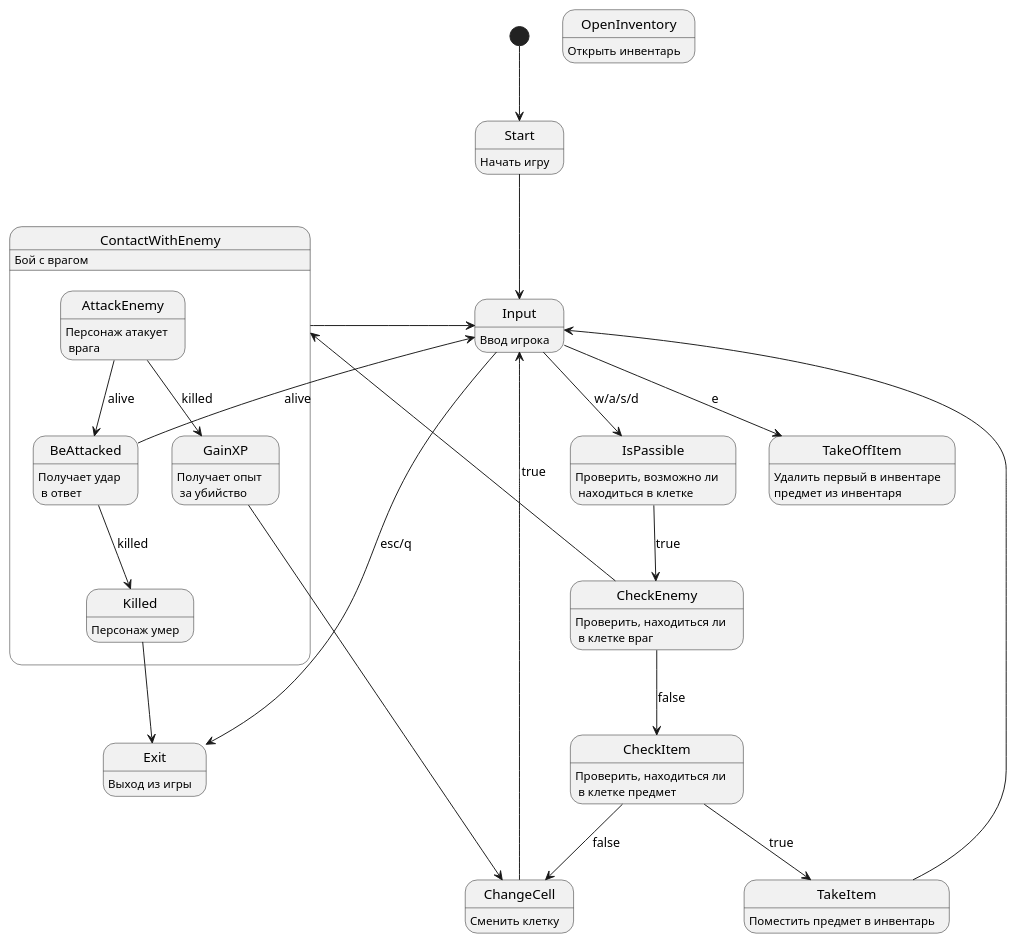
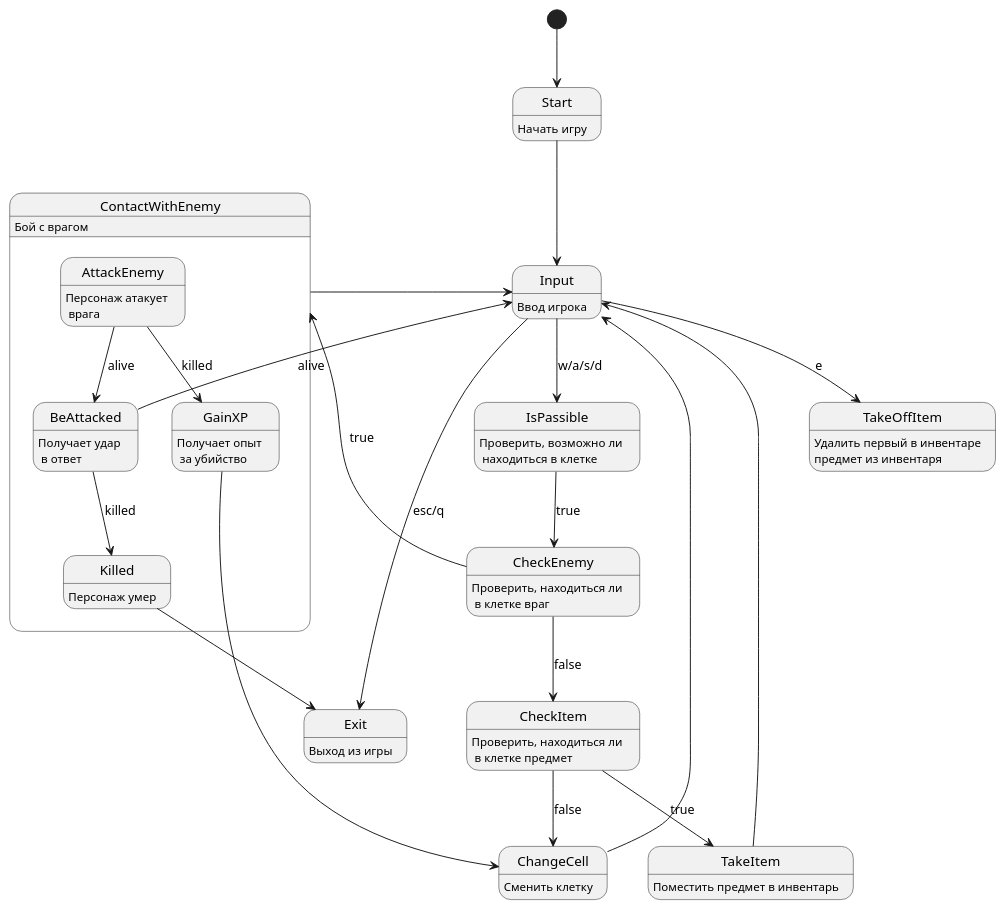
The diagram in doc/fsm_game.puml (Fatalll/RGL), drawn with PlantUML before and after one commit. The commit also changed 1 other file, not shown here.

```diff
--- a/doc/fsm_game.puml
+++ b/doc/fsm_game.puml
@@ -1,45 +1,44 @@
 @startuml
 skinparam monochrome true
 
 [*] --> Start
 Start --> Input
 Input --> Exit : esc/q
 Input --> IsPassible: w/a/s/d
 Input --> TakeOffItem: e
 
 IsPassible --> CheckEnemy: true
 CheckEnemy --> CheckItem: false
 CheckEnemy --> ContactWithEnemy: true
 ContactWithEnemy -> Input
 CheckItem --> TakeItem : true
 CheckItem --> ChangeCell : false
 ChangeCell --> Input
 TakeItem --> Input
 
 state ContactWithEnemy {
 	AttackEnemy --> GainXP: killed
 	AttackEnemy --> BeAttacked: alive
 	GainXP --> ChangeCell
 	BeAttacked --> Killed: killed
 	BeAttacked --> Input: alive
     Killed --> Exit
 
 	AttackEnemy: Персонаж атакует \n врага
 	GainXP: Получает опыт \n за убийство
 	BeAttacked: Получает удар \n в ответ
     Killed: Персонаж умер
 }
 
 Start: Начать игру
 Input: Ввод игрока
 Exit: Выход из игры
 IsPassible: Проверить, возможно ли \n находиться в клетке
 CheckEnemy: Проверить, находиться ли \n в клетке враг
 CheckItem: Проверить, находиться ли \n в клетке предмет
 ContactWithEnemy: Бой с врагом
 ChangeCell: Сменить клетку
 TakeItem: Поместить предмет в инвентарь
 TakeOffItem: Удалить первый в инвентаре\nпредмет из инвентаря
-OpenInventory: Открыть инвентарь
 
 @enduml
```
